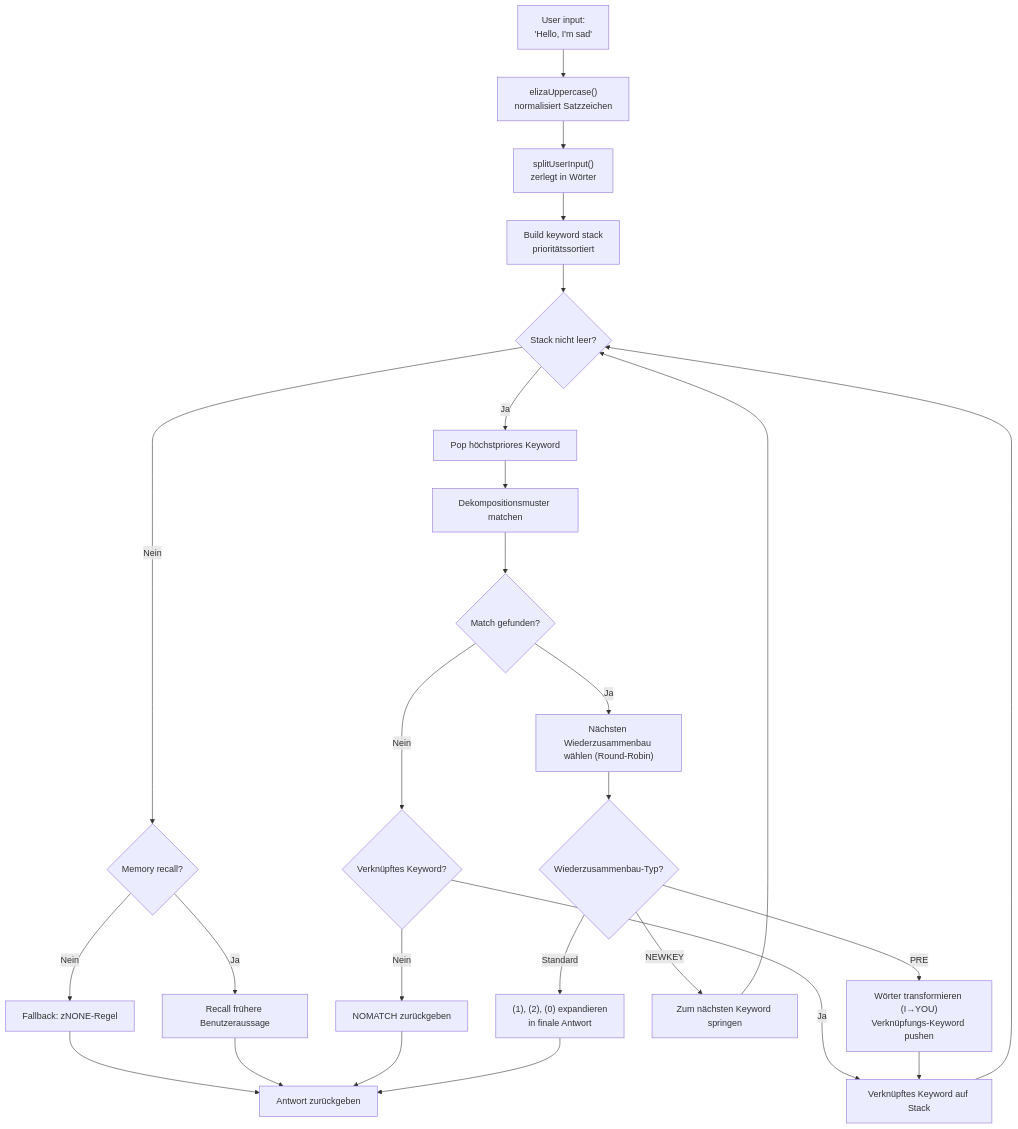
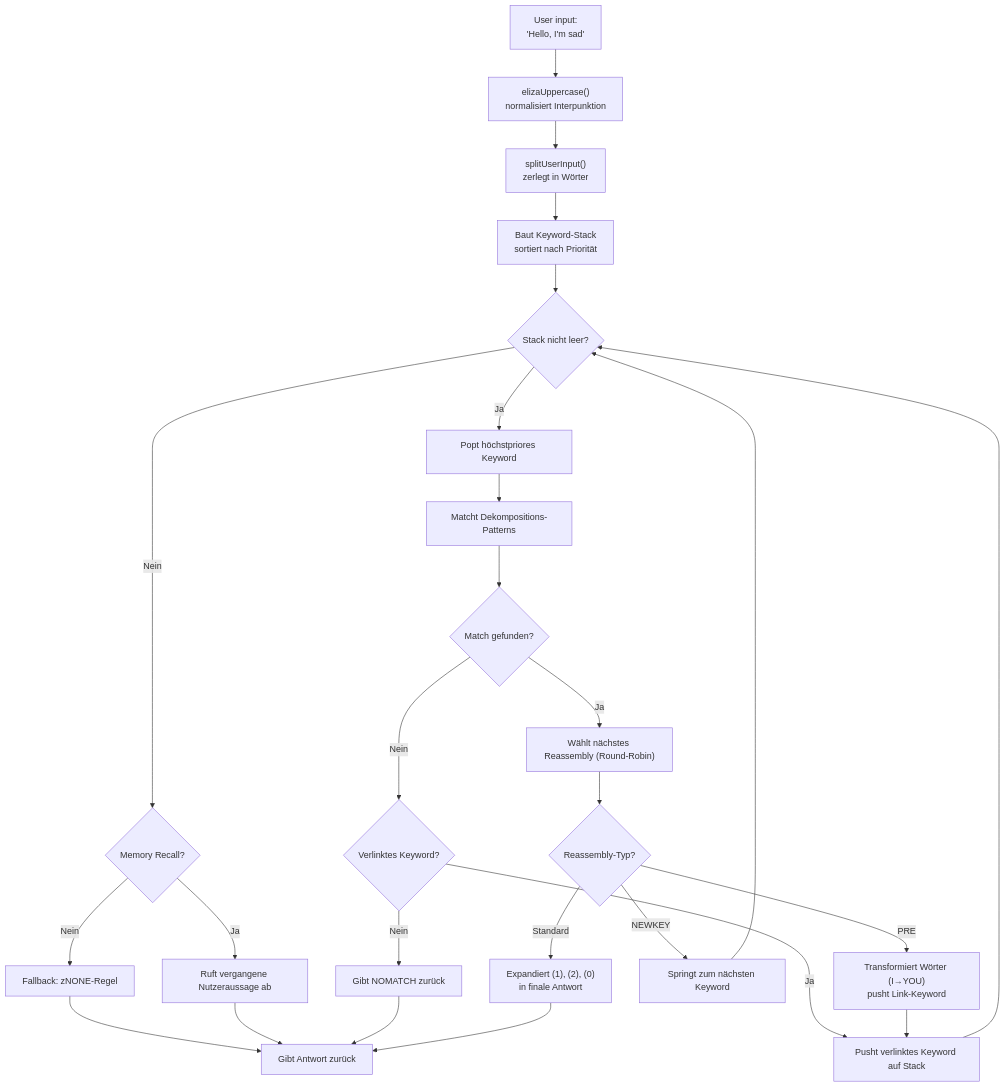
Before and after one commit to fox3000foxy/fox3000foxy.github.io: the first of 2 diagrams in public/articles/de/from-eliza-to-llm-chatbots-typescript.md, drawn with Mermaid. The commit also changed other lines of this file and 576 other files, not shown here.

````diff
--- a/public/articles/de/from-eliza-to-llm-chatbots-typescript.md
+++ b/public/articles/de/from-eliza-to-llm-chatbots-typescript.md
@@ -93,28 +92,28 @@
 ```mermaid
 flowchart TD
-    A["User input:<br>'Hello, I'm sad'"] --> B["elizaUppercase()<br>normalisiert Satzzeichen"]
+    A["User input:<br>'Hello, I'm sad'"] --> B["elizaUppercase()<br>normalisiert Interpunktion"]
     B --> C["splitUserInput()<br>zerlegt in Wörter"]
-    C --> D["Build keyword stack<br>prioritätssortiert"]
+    C --> D["Baut Keyword-Stack<br>sortiert nach Priorität"]
     D --> E{"Stack nicht leer?"}
-    E -->|"Ja"| F["Pop höchstpriores Keyword"]
-    E -->|"Nein"| G{"Memory recall?"}
-    G -->|"Ja"| H["Recall frühere Benutzeraussage"]
+    E -->|"Ja"| F["Popt höchstpriores Keyword"]
+    E -->|"Nein"| G{"Memory Recall?"}
+    G -->|"Ja"| H["Ruft vergangene Nutzeraussage ab"]
     G -->|"Nein"| I["Fallback: zNONE-Regel"]
-    I --> J["Antwort zurückgeben"]
+    I --> J["Gibt Antwort zurück"]
     H --> J
-    F --> K["Dekompositionsmuster matchen"]
+    F --> K["Matcht Dekompositions-Patterns"]
     K --> L{"Match gefunden?"}
-    L -->|"Nein"| M{"Verknüpftes Keyword?"}
-    M -->|"Ja"| N["Verknüpftes Keyword auf Stack"]
+    L -->|"Nein"| M{"Verlinktes Keyword?"}
+    M -->|"Ja"| N["Pusht verlinktes Keyword auf Stack"]
     N --> E
-    M -->|"Nein"| O["NOMATCH zurückgeben"]
+    M -->|"Nein"| O["Gibt NOMATCH zurück"]
     O --> J
-    L -->|"Ja"| P["Nächsten Wiederzusammenbau wählen (Round-Robin)"]
-    P --> Q{"Wiederzusammenbau-Typ?"}
-    Q -->|"PRE"| R["Wörter transformieren (I→YOU)<br>Verknüpfungs-Keyword pushen"]
+    L -->|"Ja"| P["Wählt nächstes Reassembly (Round-Robin)"]
+    P --> Q{"Reassembly-Typ?"}
+    Q -->|"PRE"| R["Transformiert Wörter (I→YOU)<br>pusht Link-Keyword"]
     R --> N
-    Q -->|"NEWKEY"| S["Zum nächsten Keyword springen"]
+    Q -->|"NEWKEY"| S["Springt zum nächsten Keyword"]
     S --> E
-    Q -->|"Standard"| T["(1), (2), (0) expandieren<br>in finale Antwort"]
+    Q -->|"Standard"| T["Expandiert (1), (2), (0)<br>in finale Antwort"]
     T --> J
 ```
````
